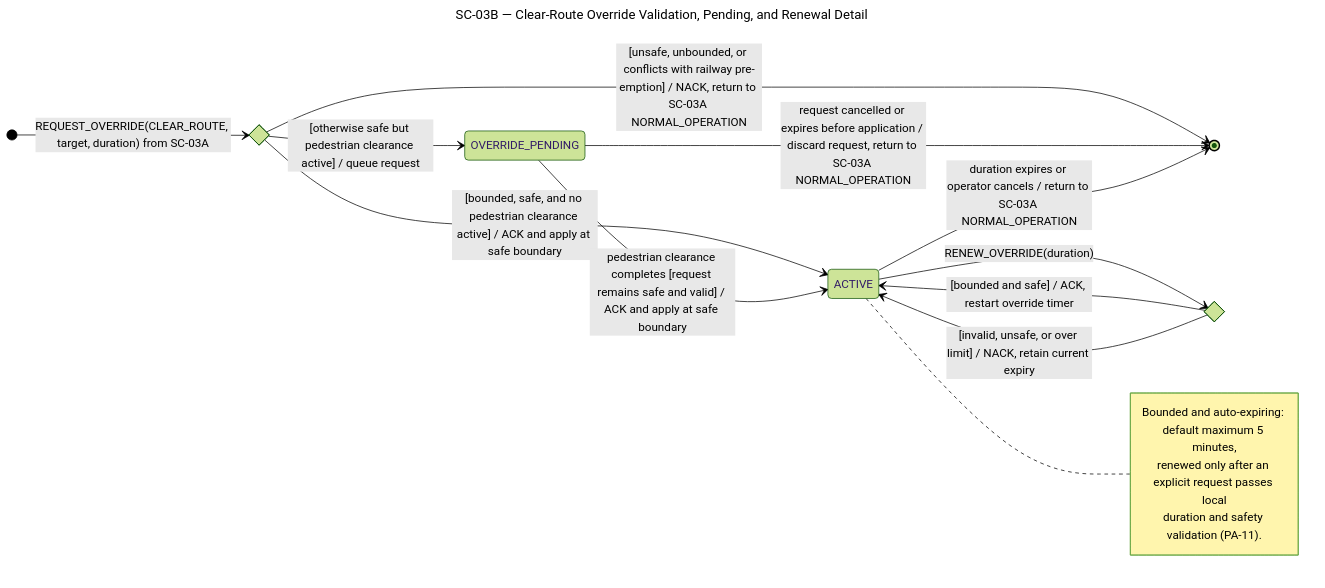
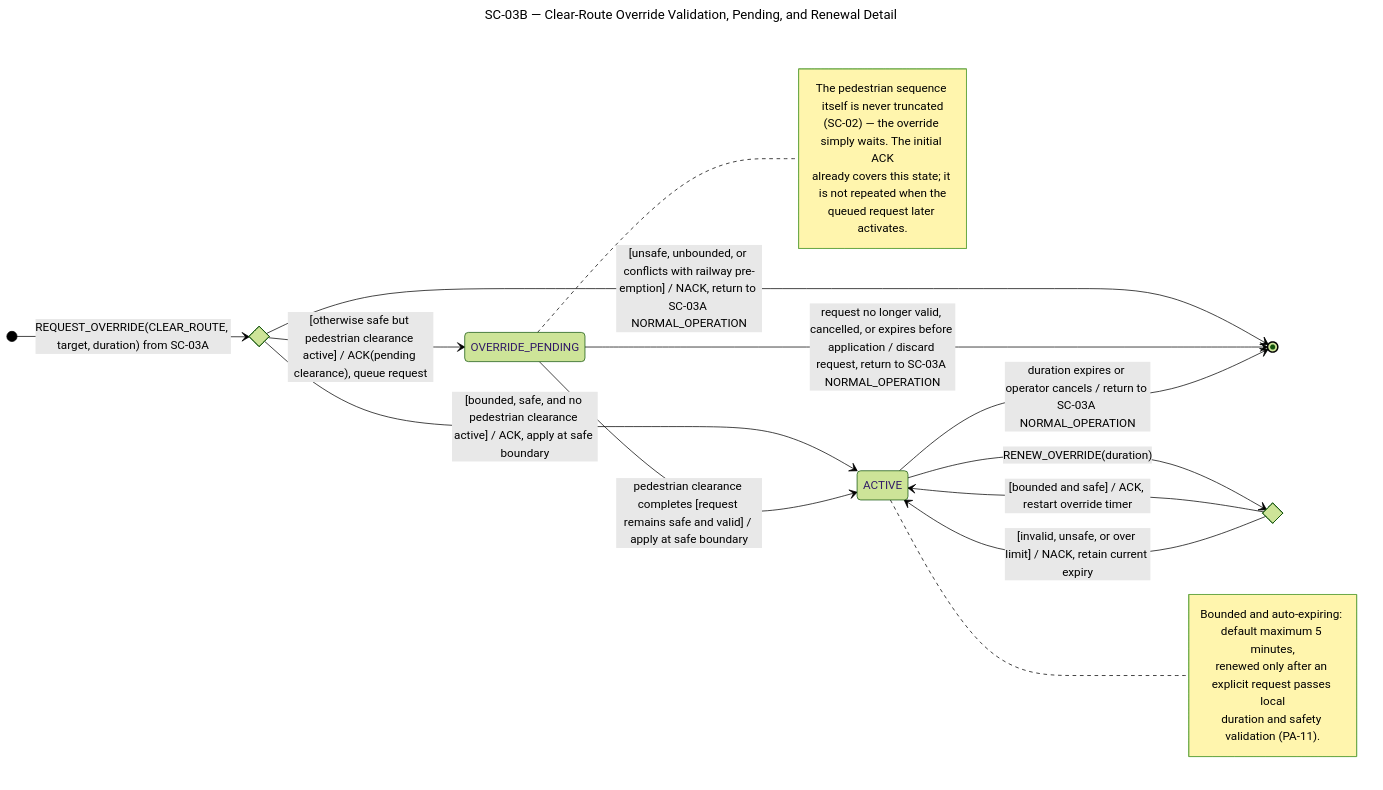
One commit to lucietran03/traffic-control-system changed the sixth of 9 diagrams in STATE_CHARTS.md. Above: the diagram before and after it, drawn with Mermaid (forest theme). The commit also changed other lines of this file and 2 other files, not shown here.

First paragraph of the commit message:
Merge teammate's SC-01/02/04B fixes with UC-08/SD-07 ACK-timing fix
Merged origin/main's revision-plan work (PA-11, SC-01 explicit mode
handoffs, SC-04B full re-closing path, SC-02 coalescing during
WALK/clearance) with local changes resolving sequence_feedback.md's
3 outstanding points:

````diff
--- a/STATE_CHARTS.md
+++ b/STATE_CHARTS.md
@@ -199,30 +199,37 @@
 ```mermaid
 ---
 title: SC-03B — Clear-Route Override Validation, Pending, and Renewal Detail
 ---
 stateDiagram-v2
     accTitle: SC-03B Clear-Route Override Validation, Pending, and Renewal Detail
-    accDescr: Validation, pedestrian-clearance queueing, active operation, and renewal for a bounded Central clear-route override, entered from and exited to SC-03A.
+    accDescr: Validation, pedestrian-clearance queueing, active operation, and validated renewal for a bounded Central clear-route override, entered from and exited to SC-03A.
     direction LR
 
     state override_validation <<choice>>
     [*] --> override_validation : REQUEST_OVERRIDE(CLEAR_ROUTE, target, duration) from SC-03A
-    override_validation --> ACTIVE : [bounded, safe, and no pedestrian clearance active] / ACK and apply at safe boundary
-    override_validation --> OVERRIDE_PENDING : [otherwise safe but pedestrian clearance active] / queue request
+    override_validation --> ACTIVE : [bounded, safe, and no pedestrian clearance active] / ACK, apply at safe boundary
+    override_validation --> OVERRIDE_PENDING : [otherwise safe but pedestrian clearance active] / ACK(pending clearance), queue request
     override_validation --> [*] : [unsafe, unbounded, or conflicts with railway pre-emption] / NACK, return to SC-03A NORMAL_OPERATION
 
-    OVERRIDE_PENDING --> ACTIVE : pedestrian clearance completes [request remains safe and valid] / ACK and apply at safe boundary
-    OVERRIDE_PENDING --> [*] : request cancelled or expires before application / discard request, return to SC-03A NORMAL_OPERATION
+    OVERRIDE_PENDING --> ACTIVE : pedestrian clearance completes [request remains safe and valid] / apply at safe boundary
+    OVERRIDE_PENDING --> [*] : request no longer valid, cancelled, or expires before application / discard request, return to SC-03A NORMAL_OPERATION
 
     state renewal_validation <<choice>>
     ACTIVE --> renewal_validation : RENEW_OVERRIDE(duration)
     renewal_validation --> ACTIVE : [bounded and safe] / ACK, restart override timer
     renewal_validation --> ACTIVE : [invalid, unsafe, or over limit] / NACK, retain current expiry
     ACTIVE --> [*] : duration expires or operator cancels / return to SC-03A NORMAL_OPERATION
 
+    note right of OVERRIDE_PENDING
+        The pedestrian sequence itself is never truncated
+        (SC-02) — the override simply waits. The initial ACK
+        already covers this state; it is not repeated when the
+        queued request later activates.
+    end note
+
     note right of ACTIVE
         Bounded and auto-expiring: default maximum 5 minutes,
         renewed only after an explicit request passes local
         duration and safety validation (PA-11).
     end note
 ```
````
